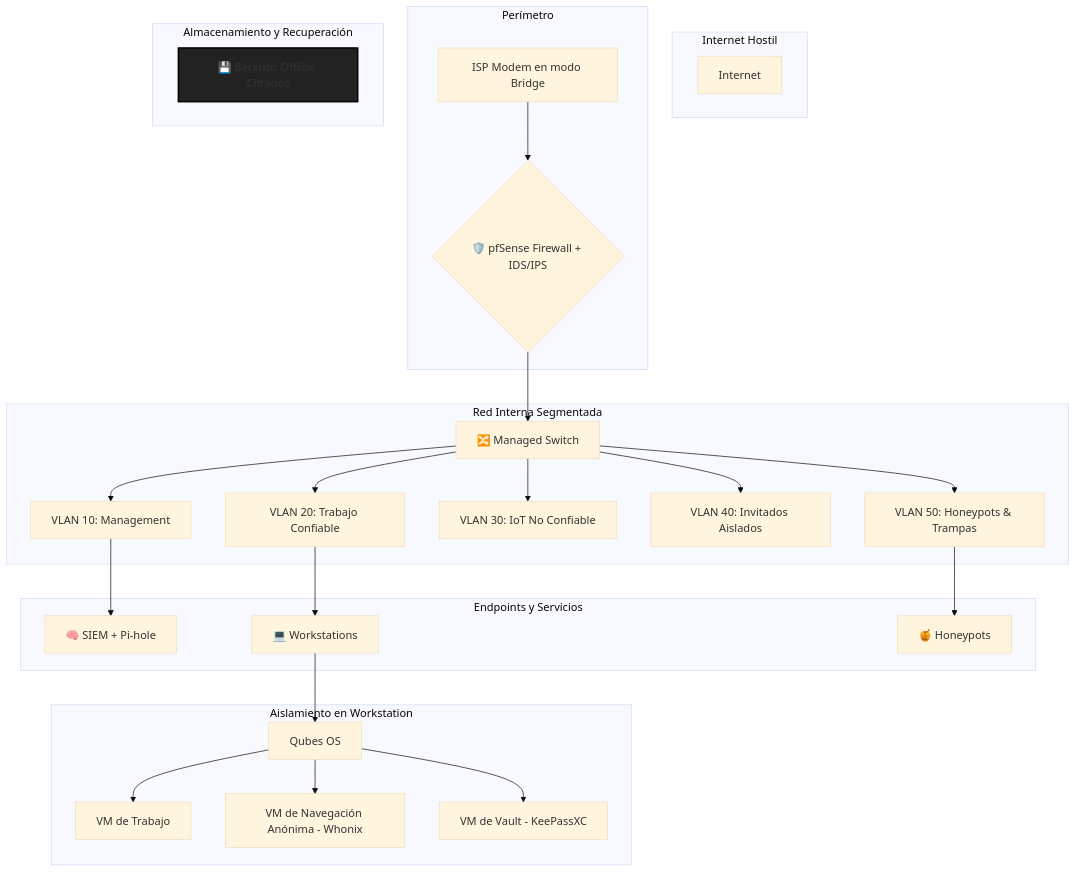
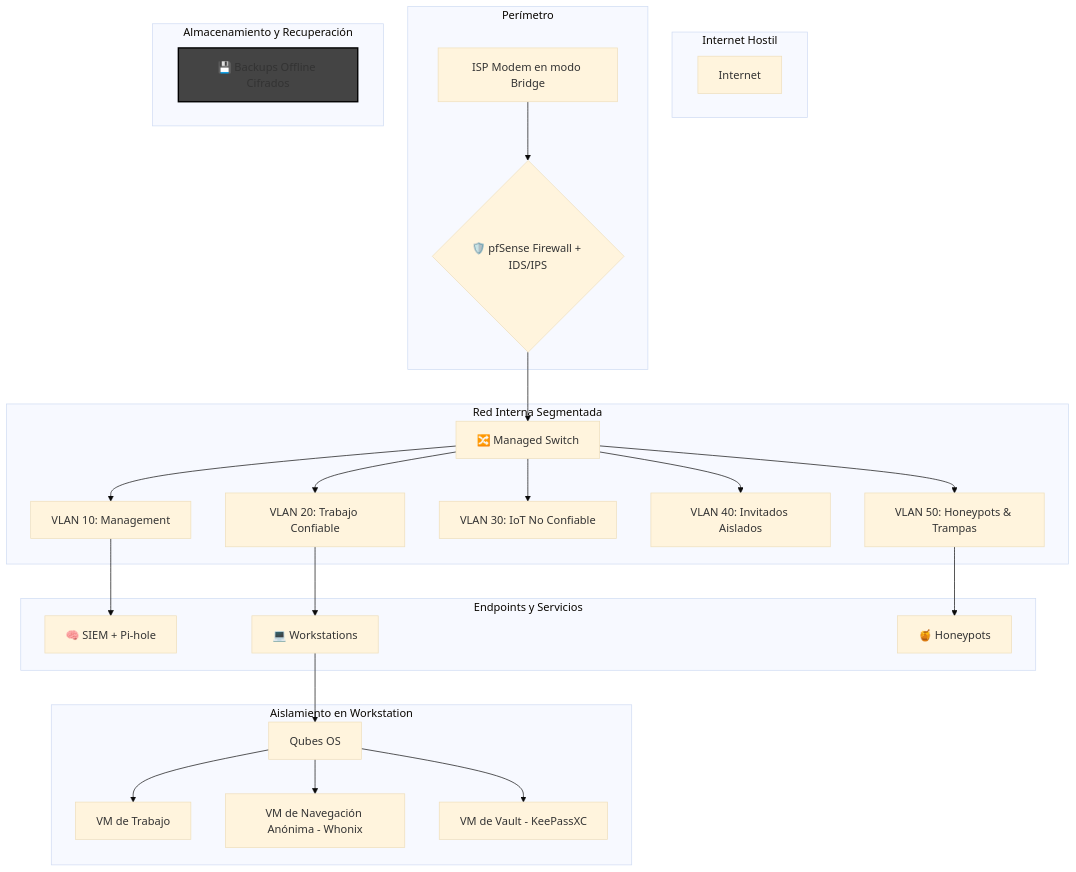
One commit to jviera100/documentacion changed the second of 2 diagrams in 03_ciberseguridad_y_redes/14_defense.md. Above: the diagram before and after it, drawn with Mermaid (base theme).

Commit message:
:sparkles:up

````diff
--- a/03_ciberseguridad_y_redes/14_defense.md
+++ b/03_ciberseguridad_y_redes/14_defense.md
@@ -30,38 +30,38 @@
 ```mermaid
 graph TD
     subgraph Internet Hostil
         A[Internet]
     end
 
     subgraph Perímetro
         B[ISP Modem en modo Bridge] --> C{🛡️ pfSense Firewall + IDS/IPS};
     end
 
     subgraph Red Interna Segmentada
         C --> D[🔀 Managed Switch];
         D --> V10[VLAN 10: Management];
         D --> V20[VLAN 20: Trabajo Confiable];
         D --> V30[VLAN 30: IoT No Confiable];
         D --> V40[VLAN 40: Invitados Aislados];
         D --> V50[VLAN 50: Honeypots & Trampas];
     end
     
     subgraph Endpoints y Servicios
         V10 --> E[🧠 SIEM + Pi-hole];
         V20 --> F[💻 Workstations];
         V50 --> G[🍯 Honeypots];
     end
 
     subgraph Aislamiento en Workstation
         F --> H[Qubes OS];
         H --> I[VM de Trabajo];
         H --> J[VM de Navegación Anónima - Whonix];
         H --> K[VM de Vault - KeePassXC];
     end
 
     subgraph Almacenamiento y Recuperación
         L[💾 Backups Offline Cifrados]
     end
 
-    style L fill:#222,stroke:#000,stroke-width:2px
+    style L fill:#444,stroke:#000,stroke-width:2px
 ```
````
